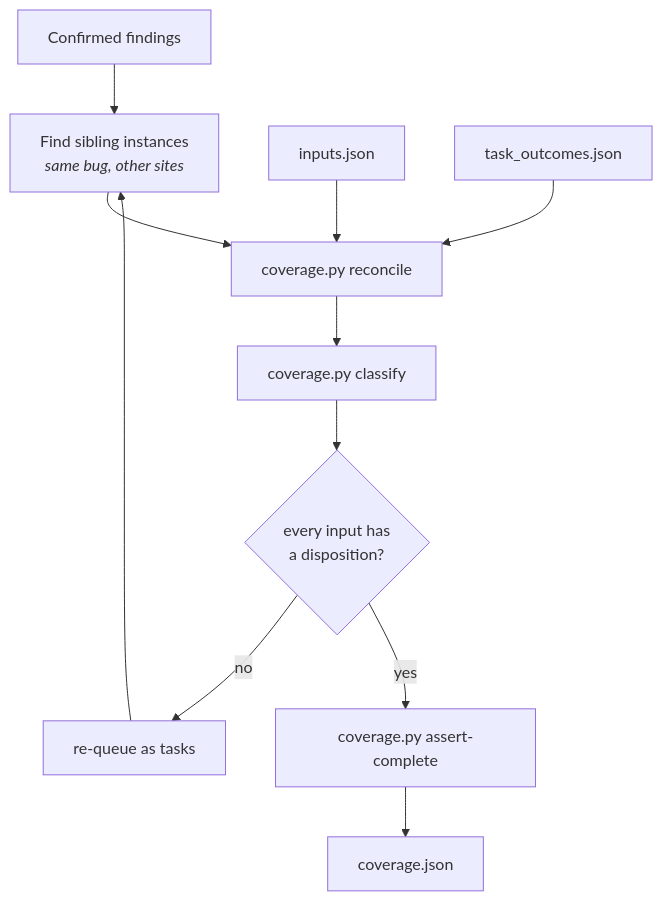
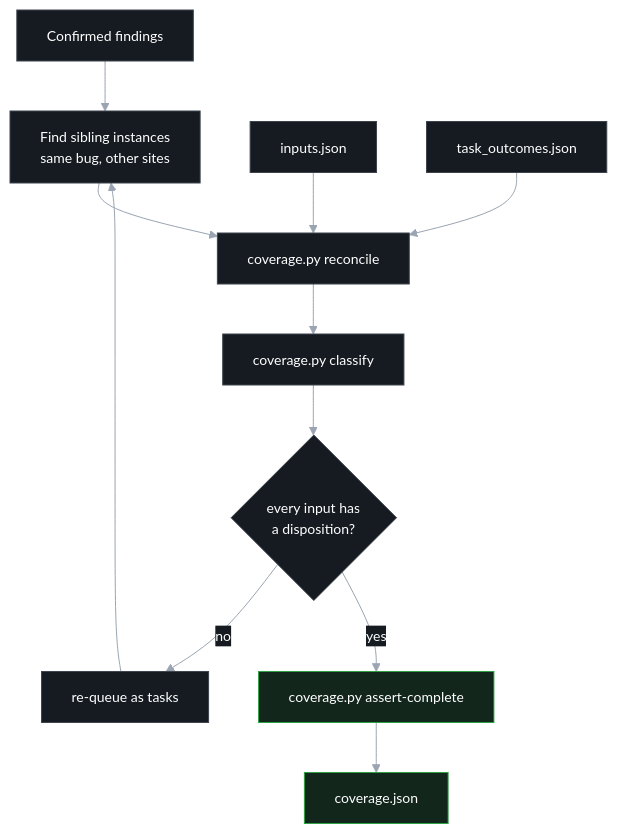
Before and after one commit to 0xsharz/pyhunt: the ninth of 16 diagrams in docs/ARCHITECTURE.md, drawn with Mermaid. The commit also changed other lines of this file and 1 other file, not shown here.

````diff
--- a/docs/ARCHITECTURE.md
+++ b/docs/ARCHITECTURE.md
@@ -270,13 +304,19 @@
 ```mermaid
+%%{init: {"theme":"base","themeVariables":{"background":"#0d1117","primaryColor":"#161b22","primaryTextColor":"#ffffff","primaryBorderColor":"#3d444d","lineColor":"#9aa4b2","secondaryColor":"#1c2128","tertiaryColor":"#21262d","mainBkg":"#161b22","textColor":"#ffffff","nodeTextColor":"#ffffff","edgeLabelBackground":"#161b22","fontSize":"14px"}}}%%
 flowchart TD
-    F["Confirmed findings"] --> SIB["Find sibling instances<br/><i>same bug, other sites</i>"]
+    F["Confirmed findings"] --> SIB["Find sibling instances<br/>same bug, other sites"]
     SIB --> REC["coverage.py reconcile"]
     IJ["inputs.json"] --> REC
     TO["task_outcomes.json"] --> REC
     REC --> CLS["coverage.py classify"]
     CLS --> DISP{"every input has<br/>a disposition?"}
     DISP -->|no| REQ["re-queue as tasks"]
     REQ --> SIB
     DISP -->|yes| AC["coverage.py assert-complete"]
     AC --> CJ["coverage.json"]
+
+    classDef base fill:#161b22,stroke:#3d444d,color:#ffffff
+    classDef good fill:#12261c,stroke:#2ea043,color:#ffffff
+    class F,SIB,REC,IJ,TO,CLS,DISP,REQ base
+    class AC,CJ good
 ```
````
